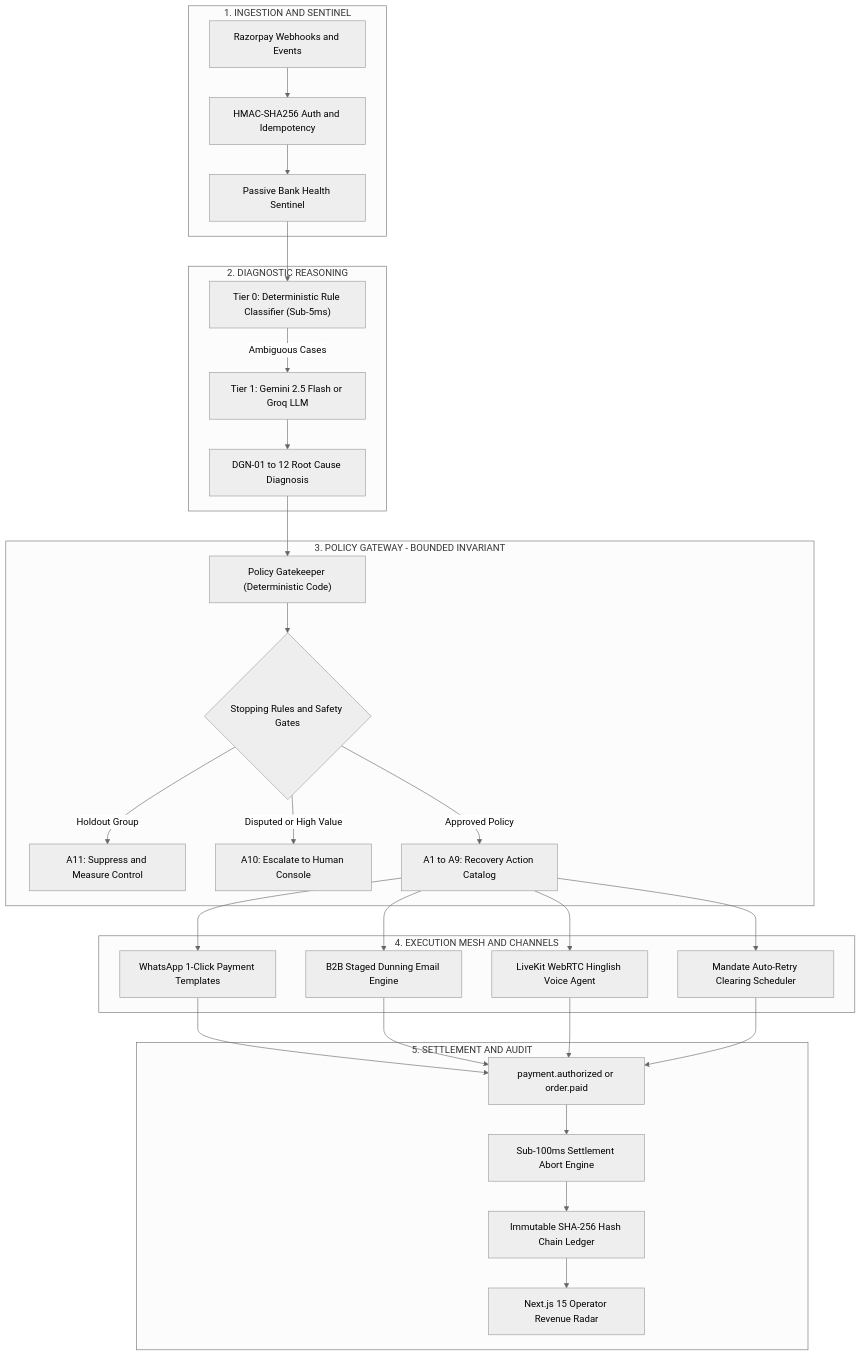
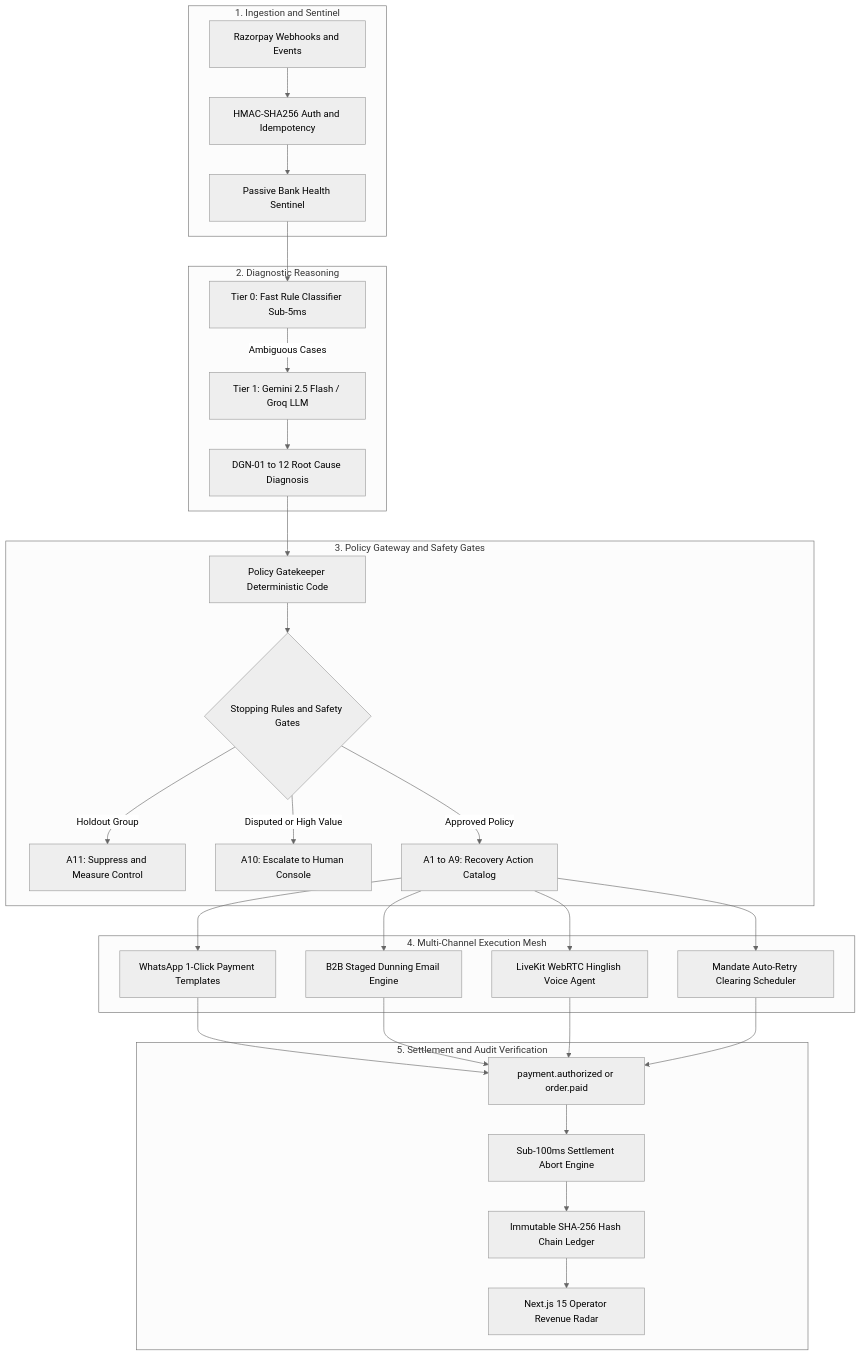
The diagram in README.md (Adityaraj1969/Razorpay-Revenue-Recovery), drawn with Mermaid (neutral theme) before and after one commit. The commit also changed 1 other file, not shown here.

Commit message:
fix(docs): standard universal mermaid syntax across all markdown documents

````diff
--- a/README.md
+++ b/README.md
@@ -54,39 +54,39 @@
 ```mermaid
-flowchart TD
-    subgraph Ingestion ["1. INGESTION AND SENTINEL"]
-        A["Razorpay Webhooks and Events"] --> B["HMAC-SHA256 Auth and Idempotency"]
-        B --> C["Passive Bank Health Sentinel"]
+graph TD
+    subgraph Ingestion [1. Ingestion and Sentinel]
+        A[Razorpay Webhooks and Events] --> B[HMAC-SHA256 Auth and Idempotency]
+        B --> C[Passive Bank Health Sentinel]
     end
 
-    subgraph Intelligence ["2. DIAGNOSTIC REASONING"]
-        C --> D["Tier 0: Deterministic Rule Classifier (Sub-5ms)"]
-        D -->|Ambiguous Cases| E["Tier 1: Gemini 2.5 Flash or Groq LLM"]
-        E --> F["DGN-01 to 12 Root Cause Diagnosis"]
+    subgraph Intelligence [2. Diagnostic Reasoning]
+        C --> D[Tier 0: Fast Rule Classifier Sub-5ms]
+        D -->|Ambiguous Cases| E[Tier 1: Gemini 2.5 Flash / Groq LLM]
+        E --> F[DGN-01 to 12 Root Cause Diagnosis]
     end
 
-    subgraph Governance ["3. POLICY GATEWAY - BOUNDED INVARIANT"]
-        F --> G["Policy Gatekeeper (Deterministic Code)"]
-        G --> H{"Stopping Rules and Safety Gates"}
-        H -->|Holdout Group| I["A11: Suppress and Measure Control"]
-        H -->|Disputed or High Value| J["A10: Escalate to Human Console"]
-        H -->|Approved Policy| K["A1 to A9: Recovery Action Catalog"]
+    subgraph Governance [3. Policy Gateway and Safety Gates]
+        F --> G[Policy Gatekeeper Deterministic Code]
+        G --> H{Stopping Rules and Safety Gates}
+        H -->|Holdout Group| I[A11: Suppress and Measure Control]
+        H -->|Disputed or High Value| J[A10: Escalate to Human Console]
+        H -->|Approved Policy| K[A1 to A9: Recovery Action Catalog]
     end
 
-    subgraph Mesh ["4. EXECUTION MESH AND CHANNELS"]
-        K --> L["WhatsApp 1-Click Payment Templates"]
-        K --> M["B2B Staged Dunning Email Engine"]
-        K --> N["LiveKit WebRTC Hinglish Voice Agent"]
-        K --> O["Mandate Auto-Retry Clearing Scheduler"]
+    subgraph Channels [4. Multi-Channel Execution Mesh]
+        K --> L[WhatsApp 1-Click Payment Templates]
+        K --> M[B2B Staged Dunning Email Engine]
+        K --> N[LiveKit WebRTC Hinglish Voice Agent]
+        K --> O[Mandate Auto-Retry Clearing Scheduler]
     end
 
-    subgraph Verification ["5. SETTLEMENT AND AUDIT"]
-        P["payment.authorized or order.paid"] --> Q["Sub-100ms Settlement Abort Engine"]
-        Q --> R["Immutable SHA-256 Hash Chain Ledger"]
-        R --> S["Next.js 15 Operator Revenue Radar"]
+    subgraph Settlement [5. Settlement and Audit Verification]
+        P[payment.authorized or order.paid] --> Q[Sub-100ms Settlement Abort Engine]
+        Q --> R[Immutable SHA-256 Hash Chain Ledger]
+        R --> S[Next.js 15 Operator Revenue Radar]
     end
 
     L --> P
     M --> P
     N --> P
     O --> P
 ```
````
